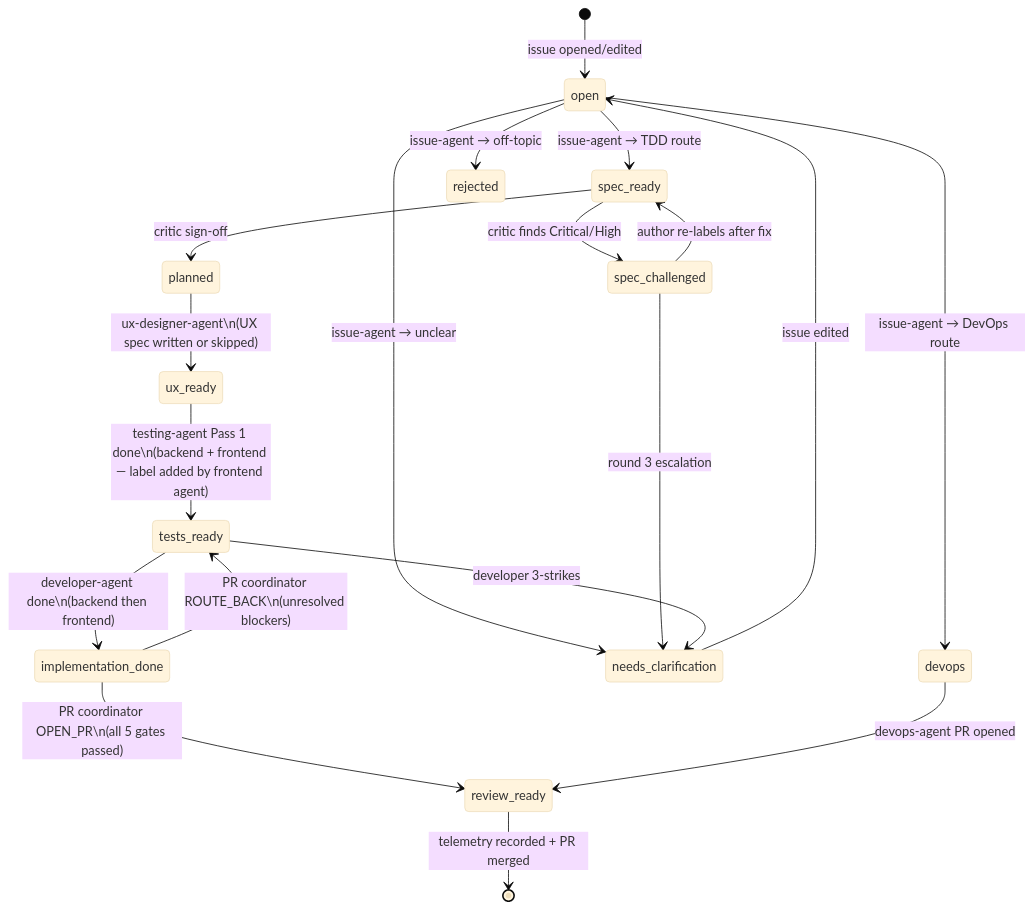
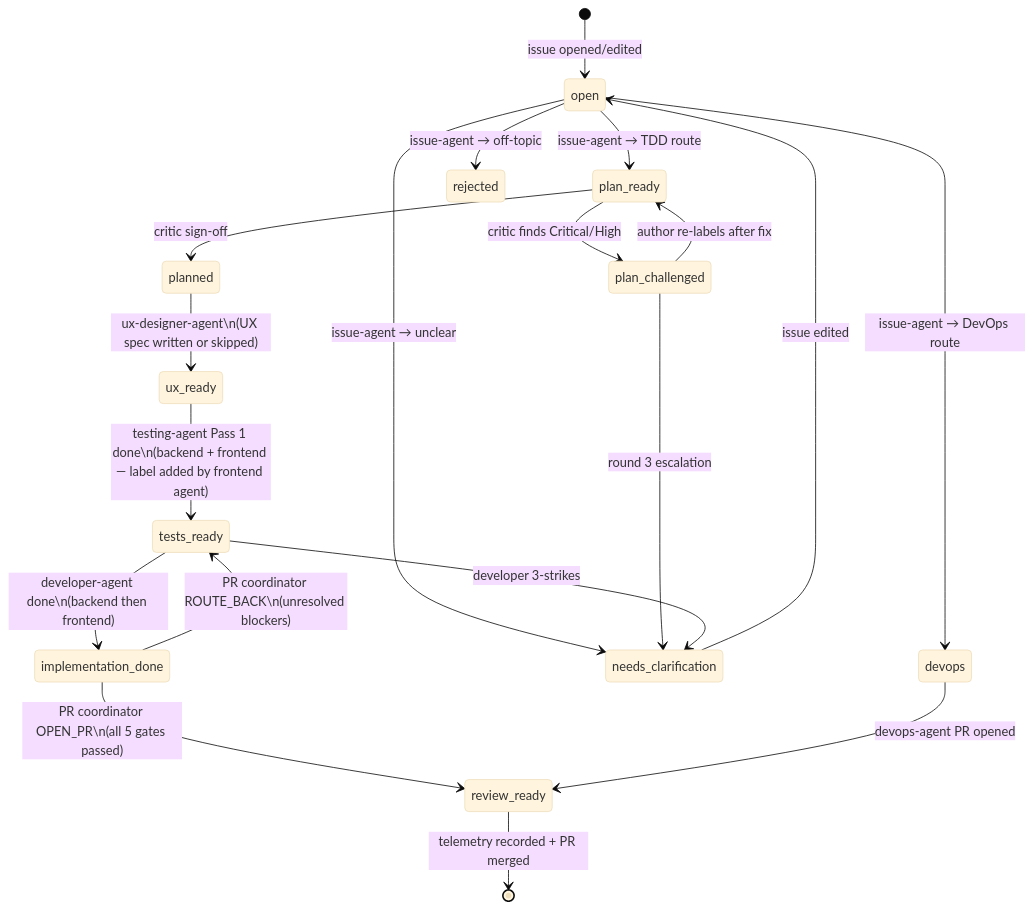
Before and after one commit to aleksei-kachanov/dark-factory-prototype: the second of 2 diagrams in docs/pipeline/sdlc-pipeline.md, drawn with Mermaid (base theme). The commit also changed other lines of this file and 9 other files, not shown here.

First line of the commit message:
docs(pipeline): rename spec terminology to plan across agents and workflows

````diff
--- a/docs/pipeline/sdlc-pipeline.md
+++ b/docs/pipeline/sdlc-pipeline.md
@@ -283,31 +283,31 @@
 ```mermaid
 stateDiagram-v2
     [*] --> open : issue opened/edited
 
-    open --> spec_ready          : issue-agent → TDD route
+    open --> plan_ready          : issue-agent → TDD route
     open --> devops              : issue-agent → DevOps route
     open --> needs_clarification : issue-agent → unclear
     open --> rejected            : issue-agent → off-topic
 
     needs_clarification --> open : issue edited
 
-    spec_ready --> spec_challenged   : critic finds Critical/High
-    spec_ready --> planned           : critic sign-off
+    plan_ready --> plan_challenged   : critic finds Critical/High
+    plan_ready --> planned           : critic sign-off
 
-    spec_challenged --> spec_ready          : author re-labels after fix
-    spec_challenged --> needs_clarification : round 3 escalation
+    plan_challenged --> plan_ready          : author re-labels after fix
+    plan_challenged --> needs_clarification : round 3 escalation
 
     planned --> ux_ready : ux-designer-agent\n(UX spec written or skipped)
 
     ux_ready --> tests_ready : testing-agent Pass 1 done\n(backend + frontend — label added by frontend agent)
 
     tests_ready --> implementation_done  : developer-agent done\n(backend then frontend)
     tests_ready --> needs_clarification  : developer 3-strikes
 
     implementation_done --> review_ready  : PR coordinator OPEN_PR\n(all 5 gates passed)
     implementation_done --> tests_ready   : PR coordinator ROUTE_BACK\n(unresolved blockers)
 
     devops --> review_ready : devops-agent PR opened
 
     review_ready --> [*] : telemetry recorded + PR merged
 ```
````
